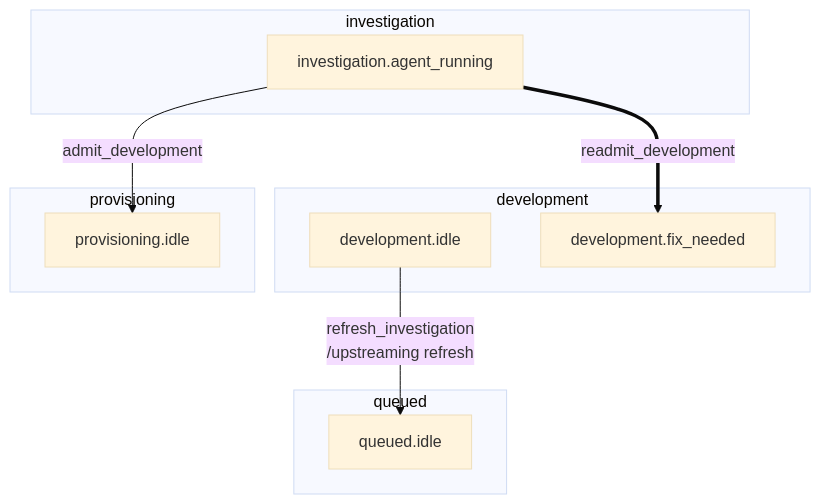
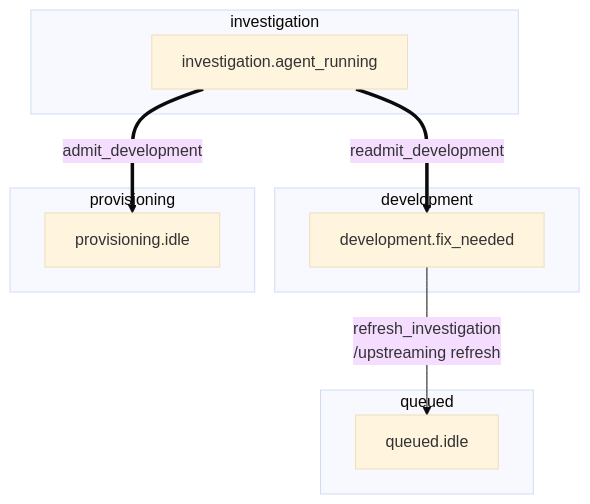
Before and after one commit to riseproject-dev/porting-agent: diagram 12 of 52 in docs/state-machine/decisions.md, drawn with Mermaid (base theme). The commit also changed other lines of this file and 9 other files, not shown here.

````diff
--- a/docs/state-machine/decisions.md
+++ b/docs/state-machine/decisions.md
@@ -337,20 +294,19 @@
 ```mermaid
 flowchart TB
     subgraph development["development"]
-        development_idle["development.idle"]
         development_fix_needed["development.fix_needed"]
     end
     subgraph queued["queued"]
         queued_idle["queued.idle"]
     end
     subgraph investigation["investigation"]
         investigation_agent_running["investigation.agent_running"]
     end
     subgraph provisioning["provisioning"]
         provisioning_idle["provisioning.idle"]
     end
 
-    development_idle -->|refresh_investigation<br/>/upstreaming refresh| queued_idle
-    investigation_agent_running -->|admit_development| provisioning_idle
+    development_fix_needed -->|refresh_investigation<br/>/upstreaming refresh| queued_idle
+    investigation_agent_running ==>|admit_development| provisioning_idle
     investigation_agent_running ==>|readmit_development| development_fix_needed
 ```
````
